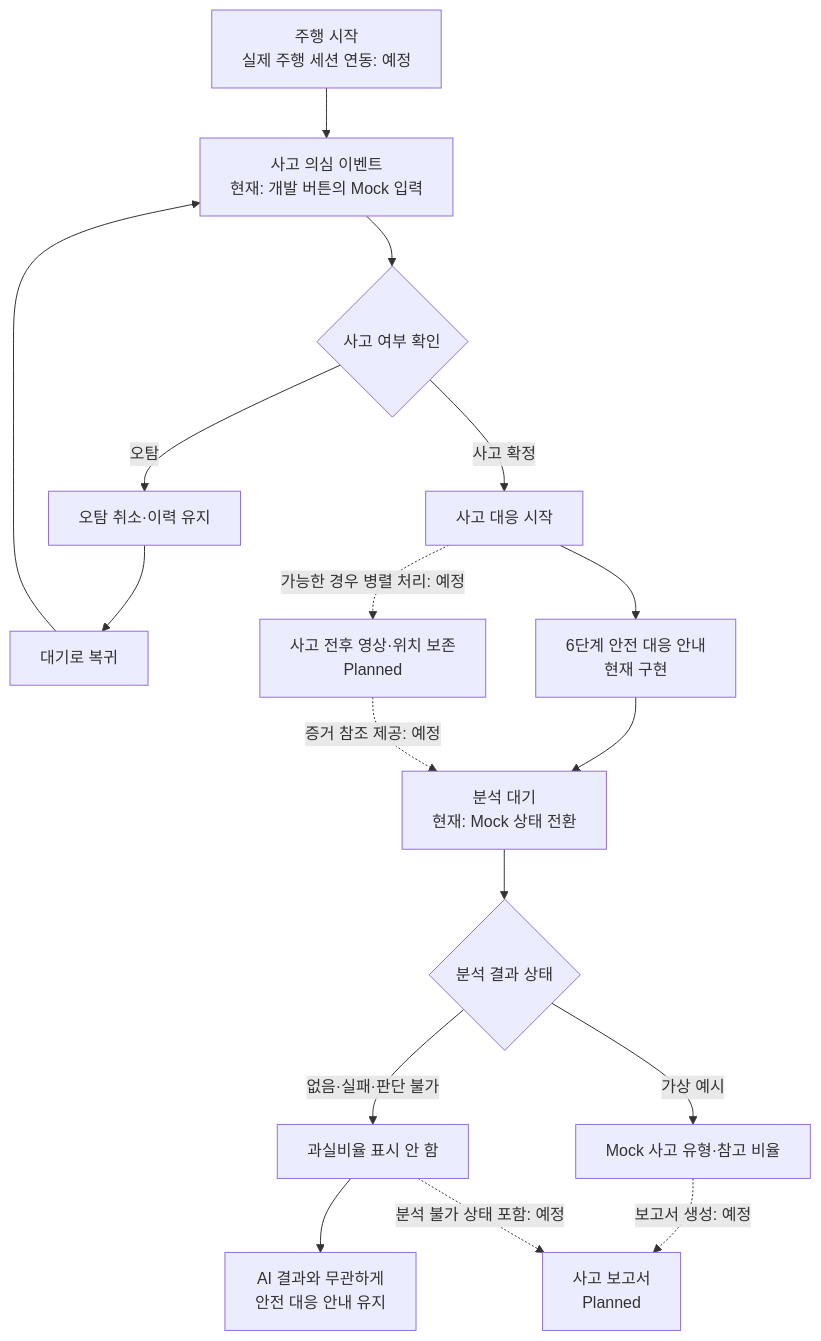
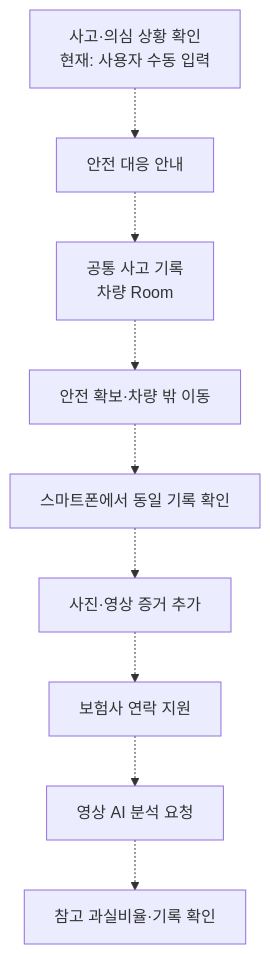
Before and after one commit to WhiteBearCode02/CheckMate: the second of 2 diagrams in README.md, drawn with Mermaid. The commit also changed other lines of this file and 8 other files, not shown here.

````diff
--- a/README.md
+++ b/README.md
@@ -99,19 +105,11 @@
 ```mermaid
-flowchart TD
-    Start["주행 시작<br/>실제 주행 세션 연동: 예정"] --> Suspect["사고 의심 이벤트<br/>현재: 개발 버튼의 Mock 입력"]
-    Suspect --> Confirm{"사고 여부 확인"}
-    Confirm -->|"오탐"| Cancel["오탐 취소·이력 유지"]
-    Cancel --> Normal["대기로 복귀"]
-    Normal --> Suspect
-    Confirm -->|"사고 확정"| Response["사고 대응 시작"]
-    Response --> Guide["6단계 안전 대응 안내<br/>현재 구현"]
-    Response -.->|"가능한 경우 병렬 처리: 예정"| Evidence["사고 전후 영상·위치 보존<br/>Planned"]
-    Guide --> Pending["분석 대기<br/>현재: Mock 상태 전환"]
-    Evidence -.->|"증거 참조 제공: 예정"| Pending
-    Pending --> Result{"분석 결과 상태"}
-    Result -->|"가상 예시"| Mock["Mock 사고 유형·참고 비율"]
-    Result -->|"없음·실패·판단 불가"| Unavailable["과실비율 표시 안 함"]
-    Unavailable --> Safety["AI 결과와 무관하게<br/>안전 대응 안내 유지"]
-    Mock -.->|"보고서 생성: 예정"| Report["사고 보고서<br/>Planned"]
-    Unavailable -.->|"분석 불가 상태 포함: 예정"| Report
+flowchart TB
+    Confirm["사고·의심 상황 확인<br/>현재: 사용자 수동 입력"] -.-> Guide["안전 대응 안내"]
+    Guide -.-> Record["공통 사고 기록<br/>차량 Room"]
+    Record -.-> Exit["안전 확보·차량 밖 이동"]
+    Exit -.-> Phone["스마트폰에서 동일 기록 확인"]
+    Phone -.-> Evidence["사진·영상 증거 추가"]
+    Evidence -.-> Insurance["보험사 연락 지원"]
+    Insurance -.-> Analysis["영상 AI 분석 요청"]
+    Analysis -.-> Review["참고 과실비율·기록 확인"]
 ```
````
